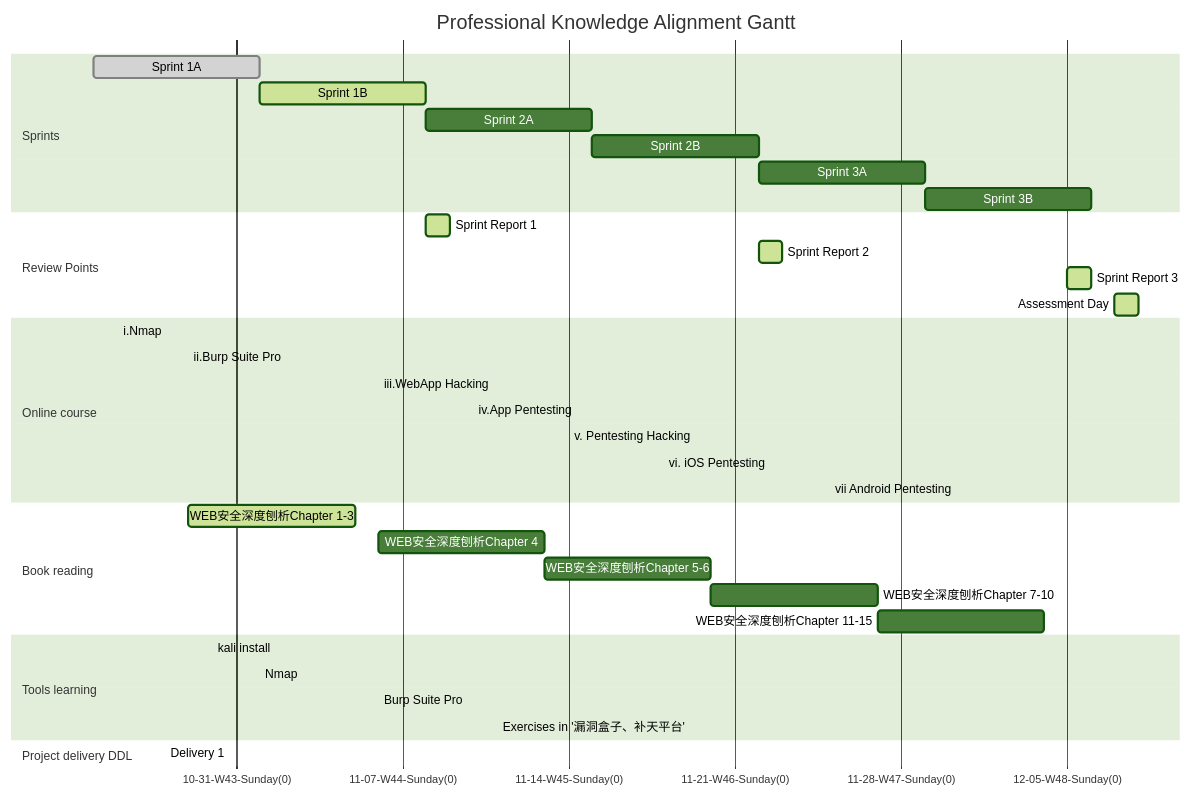
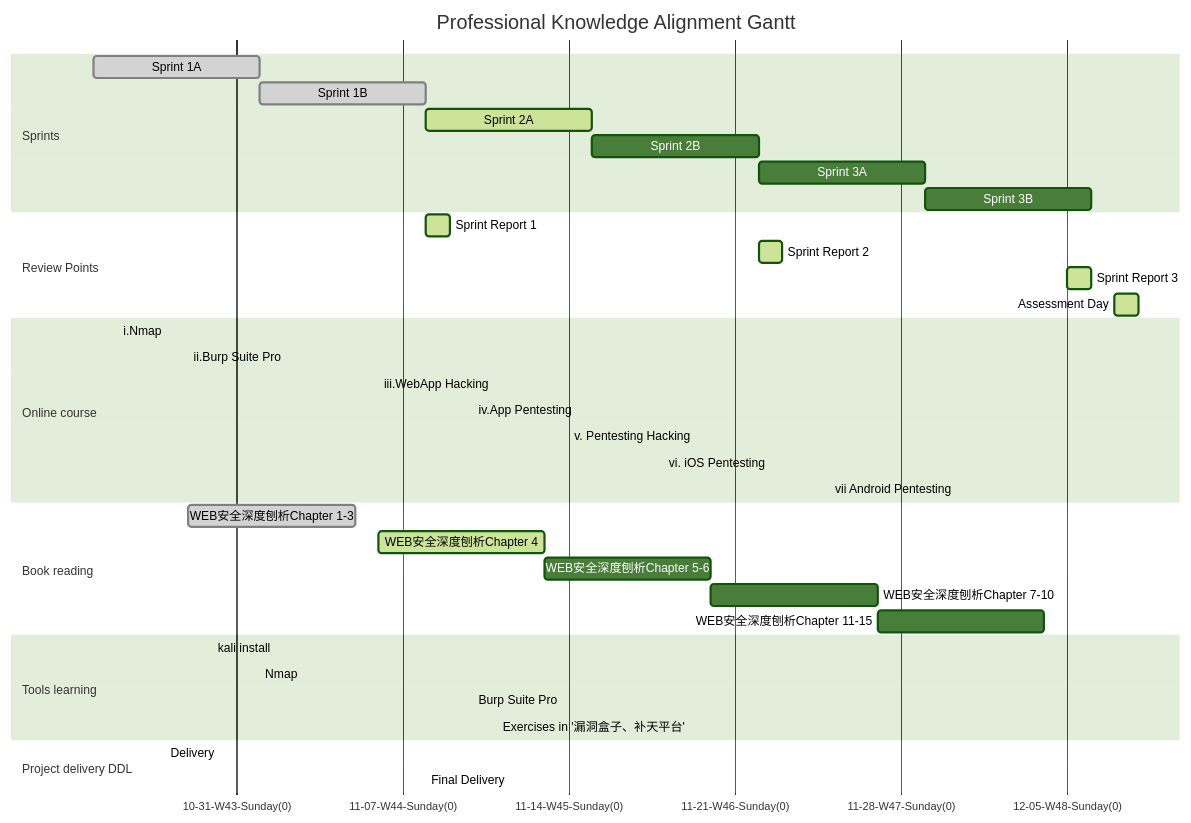
Before and after one commit to sorphwer/sorphwer.github.io: the second of 2 diagrams in learning.md, drawn with Mermaid (forest theme). The commit also changed other lines of this file, not shown here.

````diff
--- a/learning.md
+++ b/learning.md
@@ -74,46 +74,47 @@
 ```mermaid
 
 gantt
 
 title Professional Knowledge Alignment Gantt
 todayMarker stroke-width:2px,stroke:#00,opacity:0.8
 axisFormat  %m-%d-W%W-%A(%w)
 section Sprints
 Sprint 1A          :done,    des1, 2021-10-25,1w
-Sprint 1B          :active,    des1, 2021-11-1,1w
-Sprint 2A          :    des1, 2021-11-8,1w
+Sprint 1B          :done,    des1, 2021-11-1,1w
+Sprint 2A          :active,    des1, 2021-11-8,1w
 Sprint 2B          :    des1, 2021-11-15,1w
 Sprint 3A          :    des1, 2021-11-22,1w
 Sprint 3B          :    des1, 2021-11-29,1w
 section Review Points
 Sprint Report 1: active, 2021-11-8,1d
 Sprint Report 2: active, 2021-11-22,1d
 Sprint Report 3: active, 2021-12-5,1d
 Assessment Day:active, 2021-12-7,1d
 section Online course
-i.Nmap         : active,   oc1, 2021-10-26,2021-11-02
-ii.Burp Suite Pro:active,    oc2, 2021-10-29,2021-11-11
-iii.WebApp Hacking: oc3, 2021-11-6,2021-12-7
+i.Nmap         : done,   oc1, 2021-10-26,2021-11-02
+ii.Burp Suite Pro:active,    oc2, 2021-10-29,2021-11-15
+iii.WebApp Hacking: active,oc3, 2021-11-6,2021-12-7
 iv.App Pentesting:oc4, 2021-11-10,2021-12-7
 v. Pentesting Hacking:oc5, 2021-11-14,2021-12-7
 vi. iOS Pentesting: oc6, 2021-11-18,2021-12-7
 vii Android Pentesting:oc7, 2021-11-25,2021-12-7
 
 section Book reading
-WEB安全深度刨析Chapter 1-3 :active , des1,2021-10-29,1w
-WEB安全深度刨析Chapter 4 : ,2021-11-6,1w
+WEB安全深度刨析Chapter 1-3 :done , des1,2021-10-29,1w
+WEB安全深度刨析Chapter 4 : active,2021-11-6,1w
 WEB安全深度刨析Chapter 5-6 : ,2021-11-13,1w
 WEB安全深度刨析Chapter 7-10 : 2021-11-20,1w
 WEB安全深度刨析Chapter 11-15 : ,2021-11-27,1w
 section Tools learning
 kali install: done,2021-10-30,2021-11-02
-Nmap: active,2021-11-1,2021-11-06
-Burp Suite Pro: 2021-11-06,2021-11-11
+Nmap: active,2021-11-1,2021-11-015
+Burp Suite Pro: active,2021-11-10,2021-11-20
 Exercises in '漏洞盒子、补天平台': 2021-11-11,2021-12-7
 
 section Project delivery DDL
-Delivery 1:done, 2021-10-28,2021-11-02
+Delivery:done, 2021-10-28,2021-11-02
+Final Delivery : active, 2021-11-8,2021-11-12
 
 
 
 ```
````
